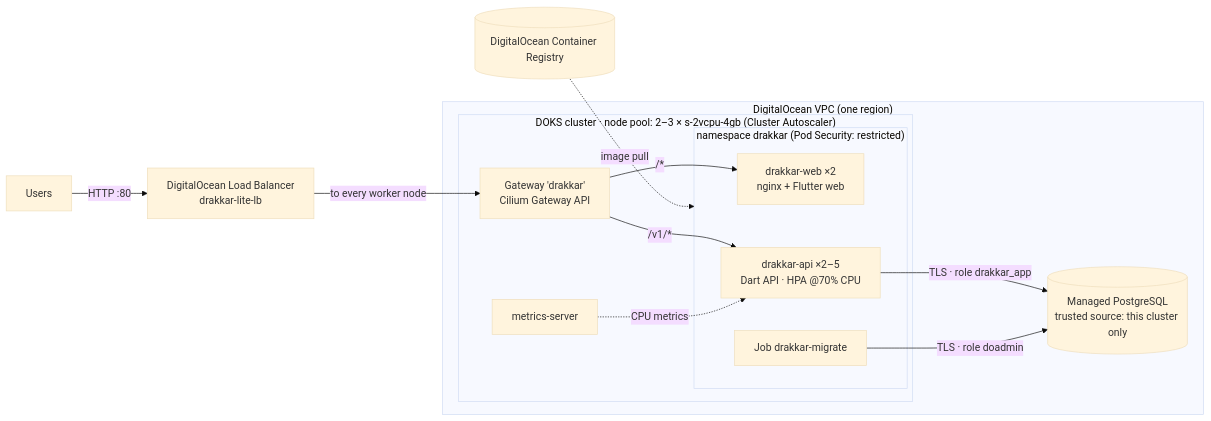
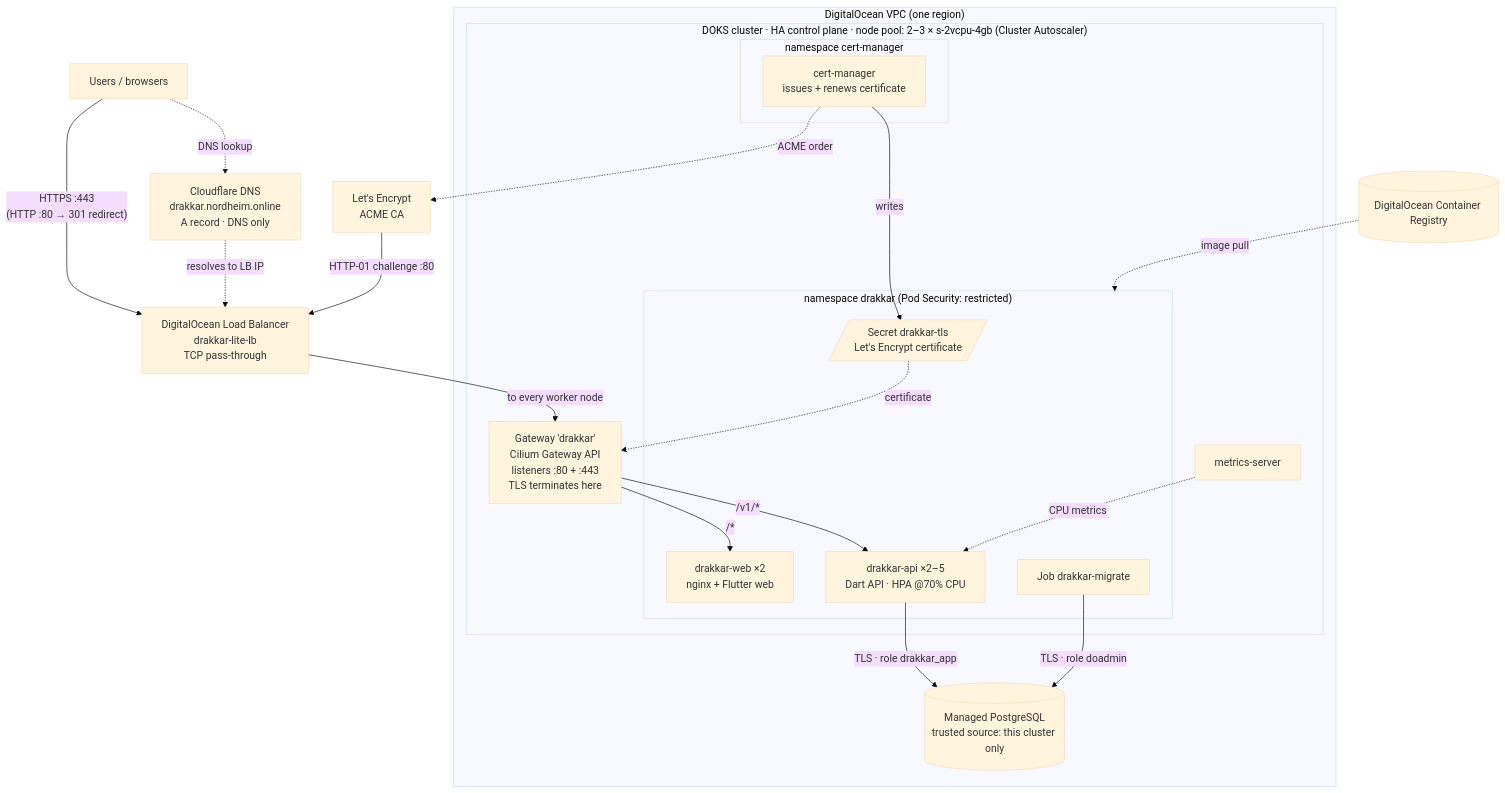
Before and after one commit to TaliskerMan/drakkar-lite-doks: the diagram in README.md, drawn with Mermaid (base theme). The commit also changed other lines of this file, not shown here.

Commit message:
README: HTTPS architecture diagram, docs links, k8s-tls release step

````diff
--- a/README.md
+++ b/README.md
@@ -17,24 +22,34 @@
 ```mermaid
-flowchart LR
-  U[Users] -->|HTTP :80| LB[DigitalOcean Load Balancer<br/>drakkar-lite-lb]
+flowchart TB
+  U[Users / browsers] -->|"HTTPS :443<br/>(HTTP :80 → 301 redirect)"| LB[DigitalOcean Load Balancer<br/>drakkar-lite-lb<br/>TCP pass-through]
+  U -. "DNS lookup" .-> DNS[Cloudflare DNS<br/>drakkar.nordheim.online<br/>A record · DNS only]
+  DNS -. "resolves to LB IP" .-> LB
+  LE[Let's Encrypt<br/>ACME CA] -->|"HTTP-01 challenge :80"| LB
   subgraph VPC["DigitalOcean VPC (one region)"]
-    subgraph DOKS["DOKS cluster · node pool: 2–3 × s-2vcpu-4gb (Cluster Autoscaler)"]
-      GW[Gateway 'drakkar'<br/>Cilium Gateway API]
+    subgraph DOKS["DOKS cluster · HA control plane · node pool: 2–3 × s-2vcpu-4gb (Cluster Autoscaler)"]
+      GW[Gateway 'drakkar'<br/>Cilium Gateway API<br/>listeners :80 + :443<br/>TLS terminates here]
+      subgraph CMNS["namespace cert-manager"]
+        CM[cert-manager<br/>issues + renews certificate]
+      end
       subgraph NS["namespace drakkar (Pod Security: restricted)"]
+        TLS[/Secret drakkar-tls<br/>Let's Encrypt certificate/]
         WEB[drakkar-web ×2<br/>nginx + Flutter web]
         API[drakkar-api ×2–5<br/>Dart API · HPA @70% CPU]
         JOB[Job drakkar-migrate]
       end
       MS[metrics-server]
     end
     PG[(Managed PostgreSQL<br/>trusted source: this cluster only)]
   end
   DOCR[(DigitalOcean Container Registry)]
   LB -->|to every worker node| GW
   GW -->|/v1/*| API
   GW -->|/*| WEB
+  CM -. "ACME order" .-> LE
+  CM -->|writes| TLS
+  TLS -. certificate .-> GW
   API -->|TLS · role drakkar_app| PG
   JOB -->|TLS · role doadmin| PG
   MS -. CPU metrics .-> API
   DOCR -. image pull .-> NS
 ```
````
